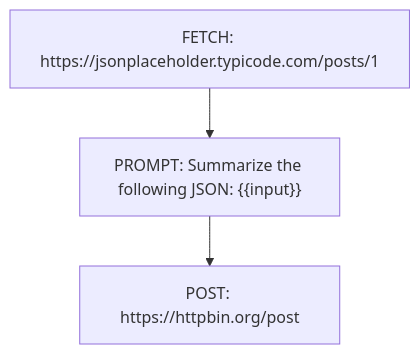
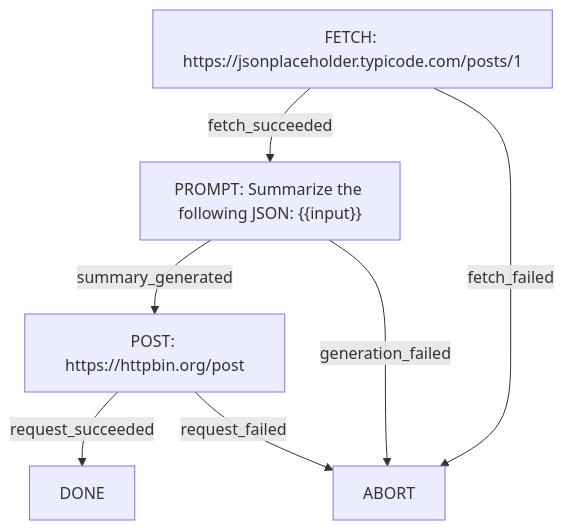
Before and after one commit to leomichalski/paradigmas-trabalho: the diagram in README.md, drawn with Mermaid. The commit also changed 15 other files, not shown here.

````diff
--- a/README.md
+++ b/README.md
@@ -49,4 +49,15 @@
    ```mermaid
    graph TD
-       Start["FETCH: https://jsonplaceholder.typicode.com/posts/1"] --> Summarize["PROMPT: Summarize the following JSON: {{input}}"] --> Send["POST: https://httpbin.org/post"]
+      start["FETCH: https://jsonplaceholder.typicode.com/posts/1"]
+      summarize["PROMPT: Summarize the following JSON: {{input}}"]
+      send["POST: https://httpbin.org/post"]
+      abort["ABORT"]
+      done["DONE"]
+
+      start -->|fetch_succeeded| summarize
+      start -->|fetch_failed| abort
+      summarize -->|summary_generated| send
+      summarize -->|generation_failed| abort
+      send -->|request_succeeded| done
+      send -->|request_failed| abort
    ```
````
